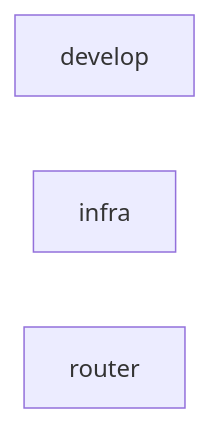
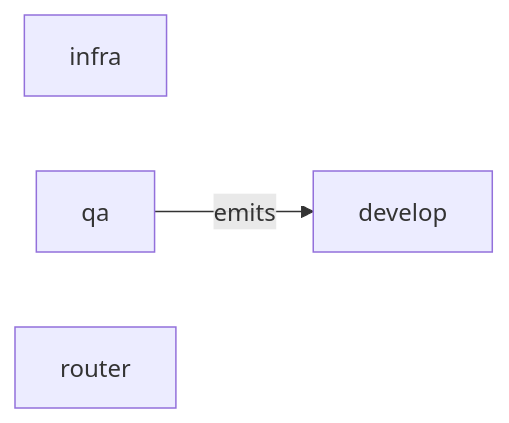
One commit to jtmckay/decree changed the diagram in .decree/graph/system.md. Above: the diagram before and after it, drawn with Mermaid. The commit also changed other lines of this file and 14 other files, not shown here.

````diff
--- a/.decree/graph/system.md
+++ b/.decree/graph/system.md
@@ -9,6 +10,8 @@
 ```mermaid
 flowchart LR
     develop["develop"]
     infra["infra"]
+    qa["qa"]
     router["router"]
+    qa -->|emits| develop
 ```
````
